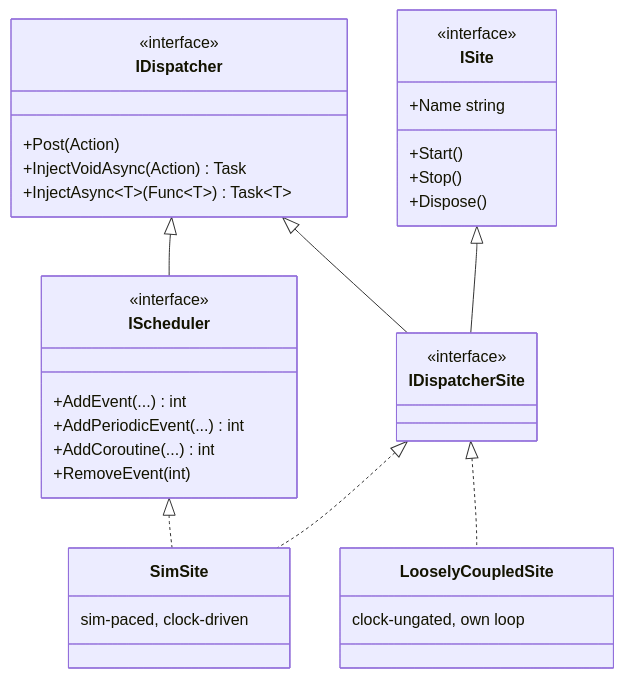
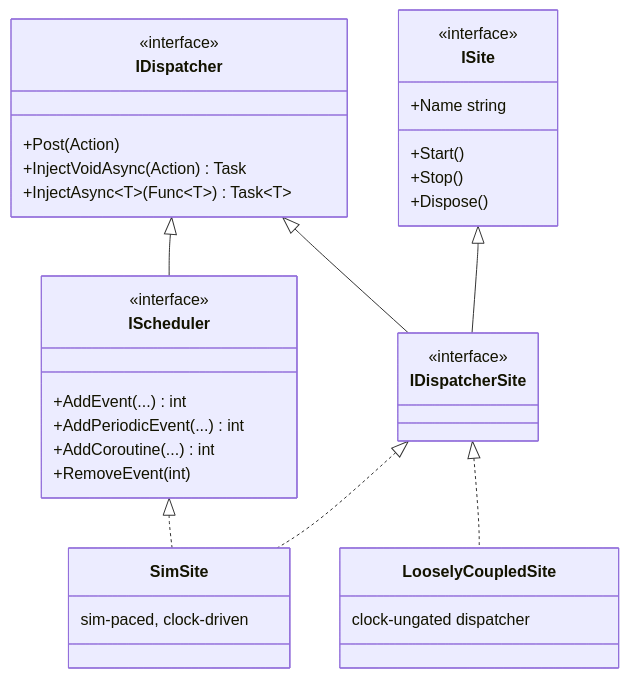
Before and after one commit to SimulaSharp-org/simulasharp-docs: the diagram in public/content/sites-and-dispatch.md, drawn with Mermaid. The commit also changed other lines of this file and 5 other files, not shown here.

````diff
--- a/public/content/sites-and-dispatch.md
+++ b/public/content/sites-and-dispatch.md
@@ -13,38 +13,38 @@
 ```mermaid
 classDiagram
   class IDispatcher {
     <<interface>>
     +Post(Action)
     +InjectVoidAsync(Action) Task
     +InjectAsync~T~(Func~T~) Task~T~
   }
   class IScheduler {
     <<interface>>
     +AddEvent(...) int
     +AddPeriodicEvent(...) int
     +AddCoroutine(...) int
     +RemoveEvent(int)
   }
   class ISite {
     <<interface>>
     +Name string
     +Start()
     +Stop()
     +Dispose()
   }
   class IDispatcherSite {
     <<interface>>
   }
   class SimSite {
     sim-paced, clock-driven
   }
   class LooselyCoupledSite {
-    clock-ungated, own loop
+    clock-ungated dispatcher
   }
   IDispatcher <|-- IScheduler
   IDispatcher <|-- IDispatcherSite
   ISite <|-- IDispatcherSite
   IScheduler <|.. SimSite
   IDispatcherSite <|.. SimSite
   IDispatcherSite <|.. LooselyCoupledSite
 ```
````
